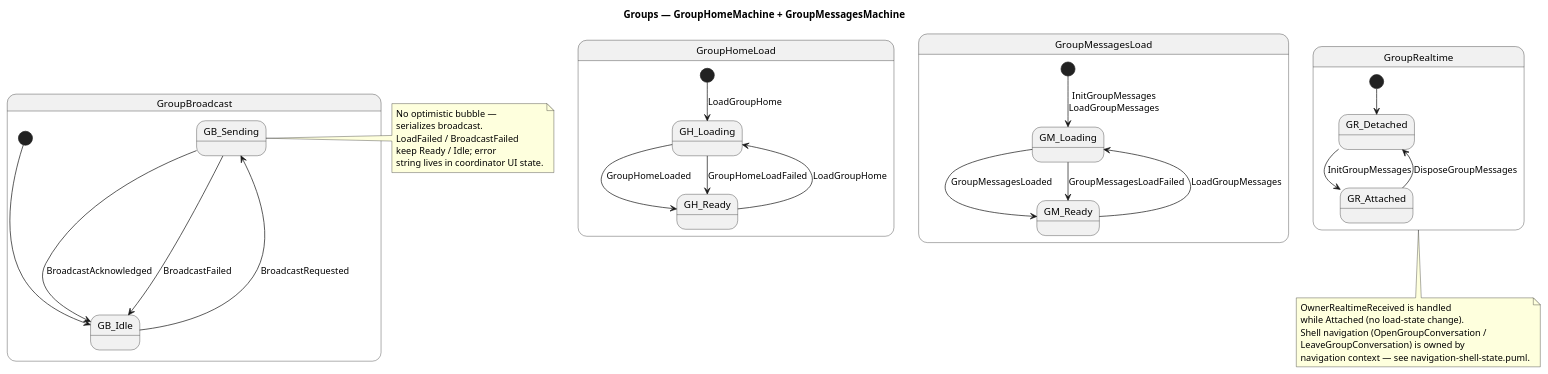
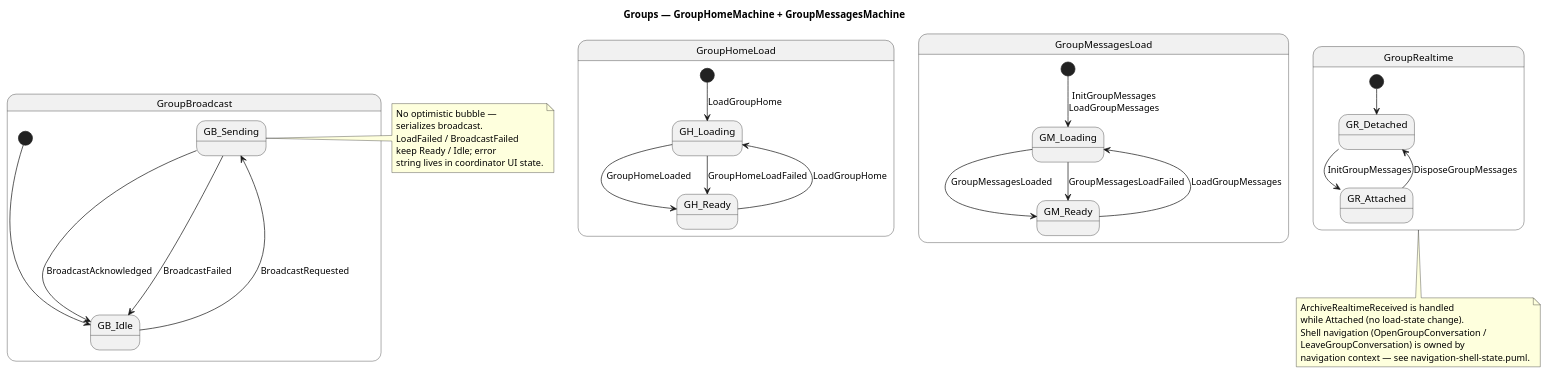
One commit to alfred-im/alfred-im changed the diagram in docs/model/uml/groups/groups-state.puml. Above: the diagram before and after it, drawn with PlantUML. The commit also changed 200 other files, not shown here.

```diff
--- a/docs/model/uml/groups/groups-state.puml
+++ b/docs/model/uml/groups/groups-state.puml
@@ -1,64 +1,64 @@
 @startuml groups-state
 ' Context: groups
 ' Profile: client
 ' SDD: SYS-GROUP, SYS-DELIVERY (erogazione)
 ' Revision: 2026-07-27
 
 title Groups — GroupHomeMachine + GroupMessagesMachine
 
 state GroupHomeLoad {
   state GH_Loading
   state GH_Ready
 
   [*] --> GH_Loading : LoadGroupHome
   GH_Loading --> GH_Ready : GroupHomeLoaded
   GH_Loading --> GH_Ready : GroupHomeLoadFailed
   GH_Ready --> GH_Loading : LoadGroupHome
 }
 
 state GroupMessagesLoad {
   state GM_Loading
   state GM_Ready
 
   [*] --> GM_Loading : InitGroupMessages\nLoadGroupMessages
   GM_Loading --> GM_Ready : GroupMessagesLoaded
   GM_Loading --> GM_Ready : GroupMessagesLoadFailed
   GM_Ready --> GM_Loading : LoadGroupMessages
 }
 
 state GroupBroadcast {
   state GB_Idle
   state GB_Sending
 
   [*] --> GB_Idle
   GB_Idle --> GB_Sending : BroadcastRequested
   GB_Sending --> GB_Idle : BroadcastAcknowledged
   GB_Sending --> GB_Idle : BroadcastFailed
 }
 
 state GroupRealtime {
   state GR_Detached
   state GR_Attached
 
   [*] --> GR_Detached
   GR_Detached --> GR_Attached : InitGroupMessages
   GR_Attached --> GR_Detached : DisposeGroupMessages
 }
 
 note right of GB_Sending
   No optimistic bubble —
   serializes broadcast.
   LoadFailed / BroadcastFailed
   keep Ready / Idle; error
   string lives in coordinator UI state.
 end note
 
 note bottom of GroupRealtime
-  OwnerRealtimeReceived is handled
+  ArchiveRealtimeReceived is handled
   while Attached (no load-state change).
   Shell navigation (OpenGroupConversation /
   LeaveGroupConversation) is owned by
   navigation context — see navigation-shell-state.puml.
 end note
 
 @enduml
```
